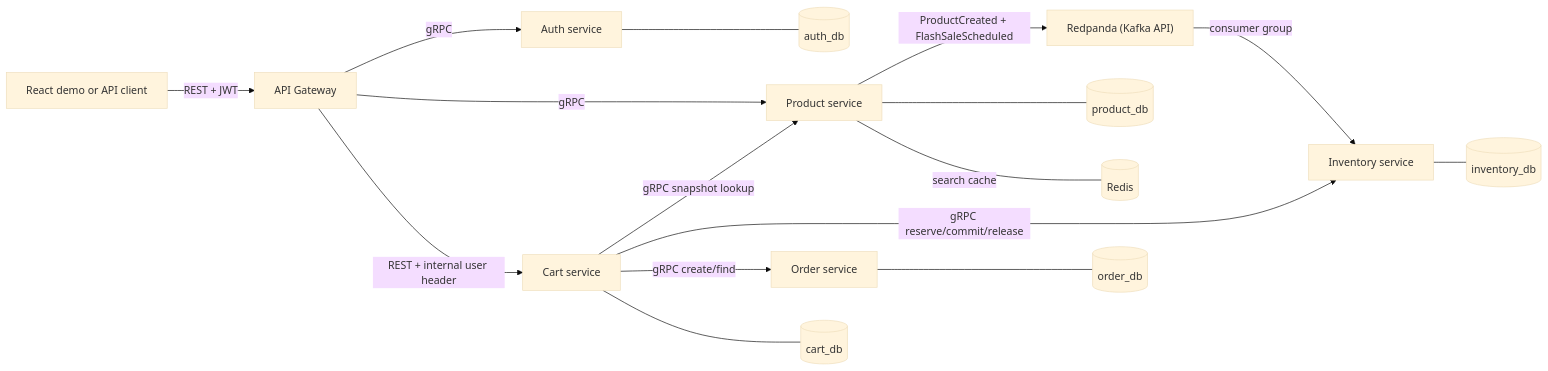
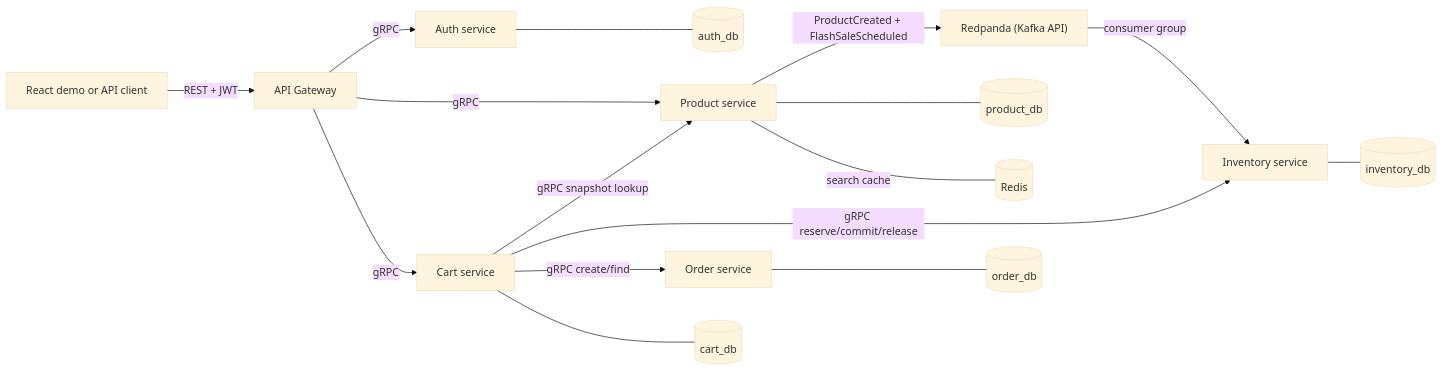
One commit to kiettle/e-commerce-clone changed the diagram in README.md. Above: the diagram before and after it, drawn with Mermaid (base theme). The commit also changed other lines of this file and 99 other files, not shown here.

````diff
--- a/README.md
+++ b/README.md
@@ -29,19 +29,19 @@
 ```mermaid
 flowchart LR
     Browser["React demo or API client"] -->|REST + JWT| Gateway["API Gateway"]
     Gateway -->|gRPC| Auth["Auth service"]
     Gateway -->|gRPC| Product["Product service"]
-    Gateway -->|REST + internal user header| Cart["Cart service"]
+    Gateway -->|gRPC| Cart["Cart service"]
     Cart -->|gRPC snapshot lookup| Product
     Cart -->|gRPC reserve/commit/release| Inventory["Inventory service"]
     Cart -->|gRPC create/find| Order["Order service"]
     Product -->|ProductCreated + FlashSaleScheduled| Kafka["Redpanda (Kafka API)"]
     Kafka -->|consumer group| Inventory
 
     Auth --- AuthDb[("auth_db")]
     Product --- ProductDb[("product_db")]
     Product ---|search cache| Redis[("Redis")]
     Cart --- CartDb[("cart_db")]
     Inventory --- InventoryDb[("inventory_db")]
     Order --- OrderDb[("order_db")]
 ```
````
